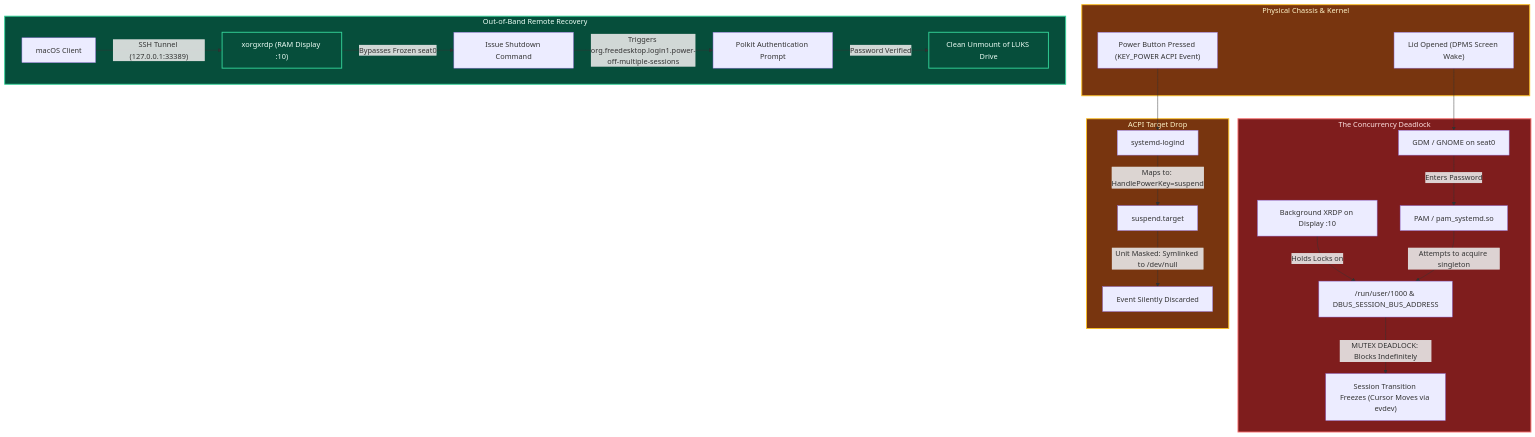
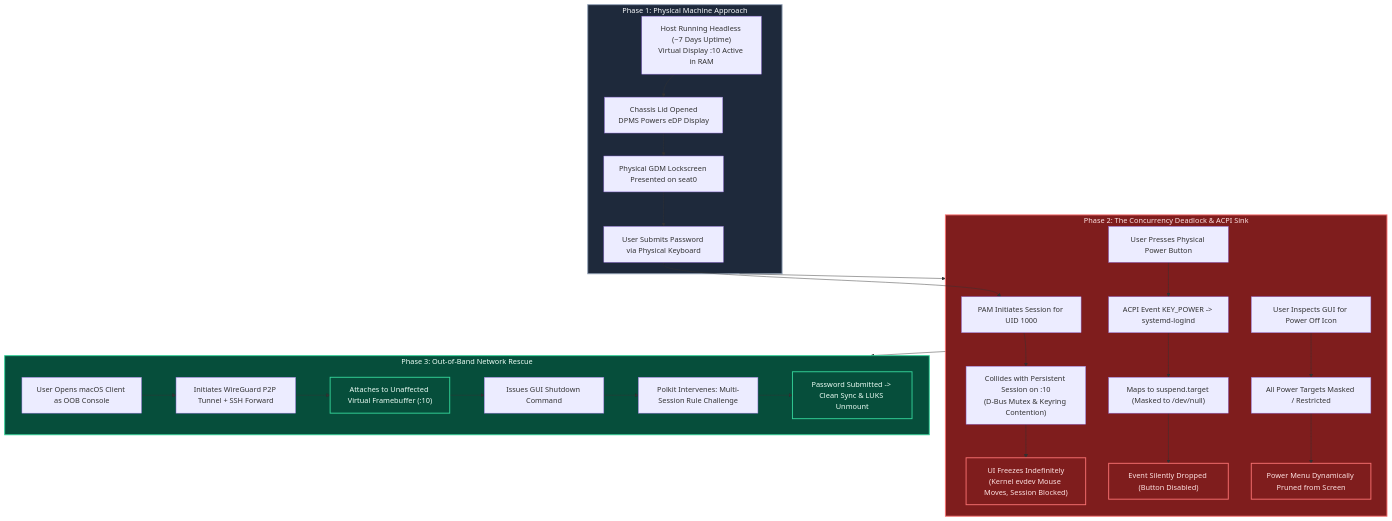
Before and after one commit to beeth73/headless-kali-mac: the first of 4 diagrams in DEADLOCK_POST_MORTEM.md, drawn with Mermaid. The commit also changed other lines of this file, not shown here.

Commit message:
Update for DEADLOCK_POST_MORTEM.md

````diff
--- a/DEADLOCK_POST_MORTEM.md
+++ b/DEADLOCK_POST_MORTEM.md
@@ -18,37 +19,41 @@
 ```mermaid
 flowchart TD
-    subgraph Hardware["Physical Chassis & Kernel"]
-        Lid["Lid Opened (DPMS Screen Wake)"]
-        PowerKey["Power Button Pressed (KEY_POWER ACPI Event)"]
+    subgraph Phase1["Phase 1: Physical Machine Approach"]
+        T0["Host Running Headless (~7 Days Uptime)<br>Virtual Display :10 Active in RAM"] --> T1["Chassis Lid Opened<br>DPMS Powers eDP Display"]
+        T1 --> T2["Physical GDM Lockscreen Presented on seat0"]
+        T2 --> T3["User Submits Password via Physical Keyboard"]
     end
 
-    subgraph Collision["The Concurrency Deadlock"]
-        Lid --> GDM["GDM / GNOME on seat0"]
-        GDM -->|"Enters Password"| PAM["PAM / pam_systemd.so"]
-        XRDP["Background XRDP on Display :10"] -->|"Holds Locks on"| Shared["/run/user/1000 & DBUS_SESSION_BUS_ADDRESS"]
-        PAM -->|"Attempts to acquire singleton"| Shared
-        Shared -->|"MUTEX DEADLOCK: Blocks Indefinitely"| Hang["Session Transition Freezes (Cursor Moves via evdev)"]
+    subgraph Phase2["Phase 2: The Concurrency Deadlock & ACPI Sink"]
+        T3 --> D1["PAM Initiates Session for UID 1000"]
+        D1 --> D2["Collides with Persistent Session on :10<br>(D-Bus Mutex & Keyring Contention)"]
+        D2 --> D3["UI Freezes Indefinitely<br>(Kernel evdev Mouse Moves, Session Blocked)"]
+        
+        P1["User Presses Physical Power Button"] --> P2["ACPI Event KEY_POWER -> systemd-logind"]
+        P2 --> P3["Maps to suspend.target (Masked to /dev/null)"]
+        P3 --> P4["Event Silently Dropped (Button Disabled)"]
+        
+        U1["User Inspects GUI for Power Off Icon"] --> U2["All Power Targets Masked / Restricted"]
+        U2 --> U3["Power Menu Dynamically Pruned from Screen"]
     end
 
-    subgraph ACPI_Drop["ACPI Target Drop"]
-        PowerKey --> Logind["systemd-logind"]
-        Logind -->|"Maps to: HandlePowerKey=suspend"| SuspendTarget["suspend.target"]
-        SuspendTarget -->|"Unit Masked: Symlinked to /dev/null"| Null["Event Silently Discarded"]
+    subgraph Phase3["Phase 3: Out-of-Band Network Rescue"]
+        R1["User Opens macOS Client as OOB Console"] --> R2["Initiates WireGuard P2P Tunnel + SSH Forward"]
+        R2 --> R3["Attaches to Unaffected Virtual Framebuffer (:10)"]
+        R3 --> R4["Issues GUI Shutdown Command"]
+        R4 --> R5["Polkit Intervenes: Multi-Session Rule Challenge"]
+        R5 --> R6["Password Submitted -> Clean Sync & LUKS Unmount"]
     end
 
-    subgraph Recovery["Out-of-Band Remote Recovery"]
-        Mac["macOS Client"] -->|"SSH Tunnel (127.0.0.1:33389)"| VirtualDisplay["xorgxrdp (RAM Display :10)"]
-        VirtualDisplay -->|"Bypasses Frozen seat0"| GracefulShutdown["Issue Shutdown Command"]
-        GracefulShutdown -->|"Triggers org.freedesktop.login1.power-off-multiple-sessions"| Polkit["Polkit Authentication Prompt"]
-        Polkit -->|"Password Verified"| SafePowerOff["Clean Unmount of LUKS Drive"]
-    end
+    Phase1 --> Phase2
+    Phase2 --> Phase3
 
     classDef danger fill:#7F1D1D,stroke:#F87171,stroke-width:2px,color:#FEE2E2;
     classDef warn fill:#78350F,stroke:#FBBF24,stroke-width:2px,color:#FEF3C7;
     classDef success fill:#064E3B,stroke:#34D399,stroke-width:2px,color:#ECFDF5;
     classDef normal fill:#1E293B,stroke:#94A3B8,stroke-width:2px,color:#F8FAFC;
 
-    class Hardware,ACPI_Drop warn;
-    class Collision danger;
-    class Recovery,VirtualDisplay,SafePowerOff success;
+    class Phase1 normal;
+    class Phase2,D3,P4,U3 danger;
+    class Phase3,R3,R6 success;
 ```
````
